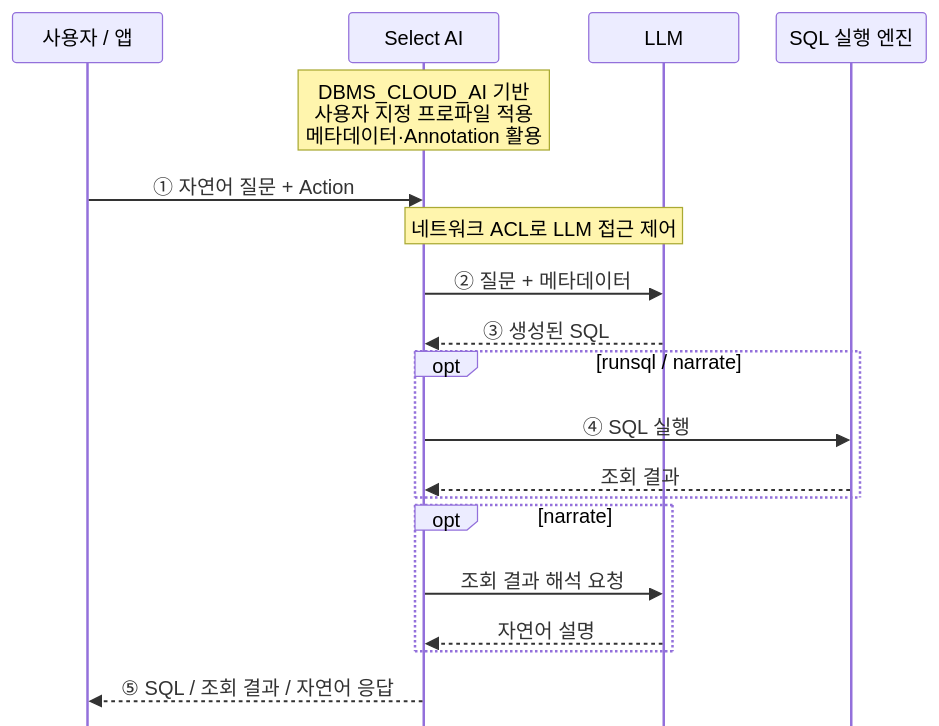
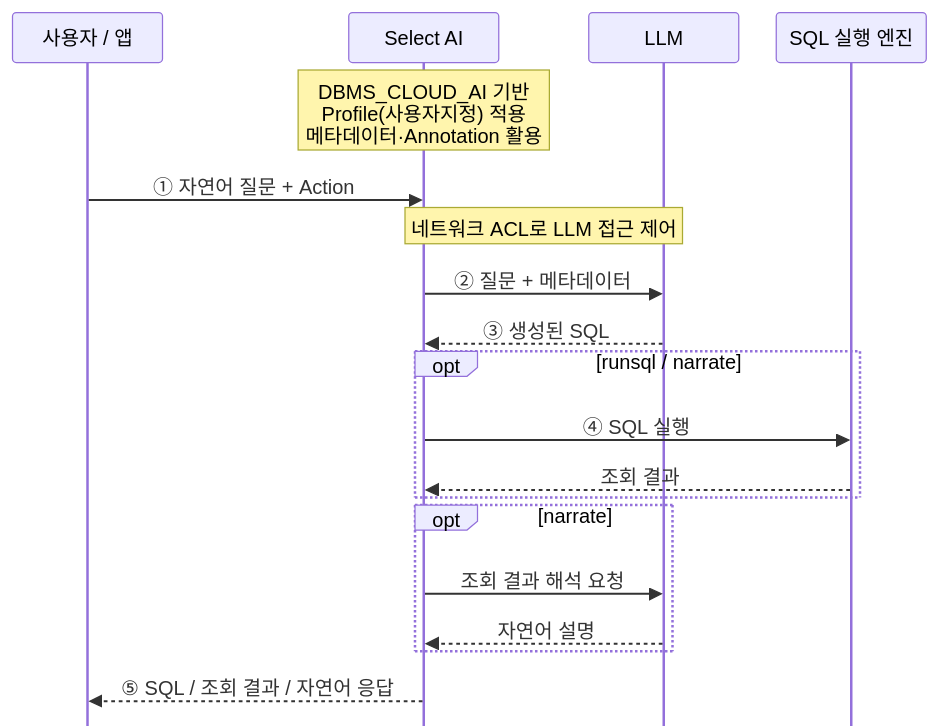
One commit to kairkowy/Oracle26ai_AI_Feature changed the second of 2 diagrams in SelectAI_Intro_Lab/README.md. Above: the diagram before and after it, drawn with Mermaid. The commit also changed other lines of this file, not shown here.

Commit message:
docs: rename user-defined profile label

````diff
--- a/SelectAI_Intro_Lab/README.md
+++ b/SelectAI_Intro_Lab/README.md
@@ -55,42 +55,42 @@
 ```mermaid
 ---
 config:
   sequence:
     actorFontSize: 13
     messageFontSize: 13
     noteFontSize: 12
     actorMargin: 30
     width: 120
     height: 40
     diagramMarginX: 10
     diagramMarginY: 10
     boxMargin: 6
     noteMargin: 6
     messageMargin: 24
     mirrorActors: false
 ---
 sequenceDiagram
     participant U as 사용자 / 앱
     participant S as Select AI
     participant L as LLM
     participant D as SQL 실행 엔진
 
-    Note over S: DBMS_CLOUD_AI 기반<br/>사용자 지정 프로파일 적용<br/>메타데이터·Annotation 활용
+    Note over S: DBMS_CLOUD_AI 기반<br/>Profile(사용자지정) 적용<br/>메타데이터·Annotation 활용
 
     U->>S: ① 자연어 질문 + Action
     Note over S,L: 네트워크 ACL로 LLM 접근 제어
     S->>L: ② 질문 + 메타데이터
     L-->>S: ③ 생성된 SQL
 
     opt runsql / narrate
         S->>D: ④ SQL 실행
         D-->>S: 조회 결과
     end
 
     opt narrate
         S->>L: 조회 결과 해석 요청
         L-->>S: 자연어 설명
     end
 
     S-->>U: ⑤ SQL / 조회 결과 / 자연어 응답
 ```
````
